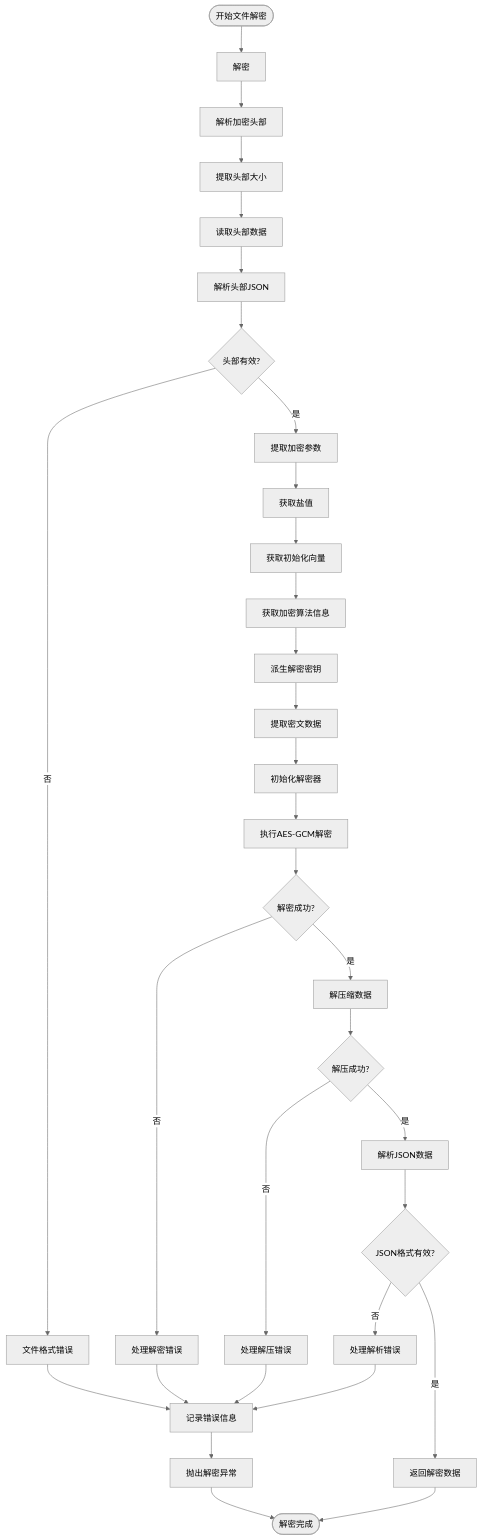
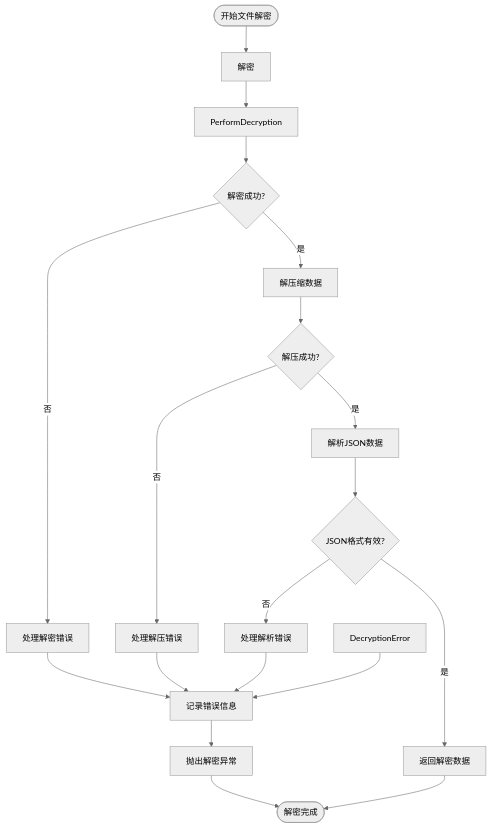
One commit to yingjianzh/iodraw-files changed the diagram in all/未命名-53.md. Above: the diagram before and after it, drawn with Mermaid (neutral theme).

Commit message:
2025-05-09 18:08:52 update

````diff
--- a/all/未命名-53.md
+++ b/all/未命名-53.md
@@ -1,45 +1,27 @@
 ```mermaid
 flowchart TD
     Start([开始文件解密]) --> ReadFile[解密]
-    ReadFile --> ParseHeader[解析加密头部]
-    
-    ParseHeader --> ExtractHeaderSize[提取头部大小]
-    ExtractHeaderSize --> ReadHeaderData[读取头部数据]
-    ReadHeaderData --> ParseHeaderJSON[解析头部JSON]
-    
-    ParseHeaderJSON --> HeaderValid{头部有效?}
-    HeaderValid -->|否| DecryptionError[文件格式错误]
-    HeaderValid -->|是| ExtractParams[提取加密参数]
-    
-    ExtractParams --> GetSalt[获取盐值]
-    GetSalt --> GetIV[获取初始化向量]
-    GetIV --> GetAlgorithm[获取加密算法信息]
-    
-    GetAlgorithm --> DeriveKey[派生解密密钥]
-    DeriveKey --> ExtractCiphertext[提取密文数据]
-    ExtractCiphertext --> InitDecryption[初始化解密器]
-    
-    InitDecryption --> PerformDecryption[执行AES-GCM解密]
+    ReadFile --> 
     PerformDecryption --> DecryptionSuccess{解密成功?}
     
     DecryptionSuccess -->|否| HandleDecryptError[处理解密错误]
     DecryptionSuccess -->|是| DecompressData[解压缩数据]
     
     DecompressData --> DecompressionSuccess{解压成功?}
     DecompressionSuccess -->|否| HandleDecompressError[处理解压错误]
     DecompressionSuccess -->|是| ParseJSON[解析JSON数据]
     
     ParseJSON --> JSONValid{JSON格式有效?}
     JSONValid -->|否| HandleParseError[处理解析错误]
     JSONValid -->|是| ReturnDecryptedData[返回解密数据]
     
     ReturnDecryptedData --> End([解密完成])
     
     DecryptionError --> LogError[记录错误信息]
     HandleDecryptError --> LogError
     HandleDecompressError --> LogError
     HandleParseError --> LogError
     
     LogError --> ThrowException[抛出解密异常]
     ThrowException --> End
 ```
````
